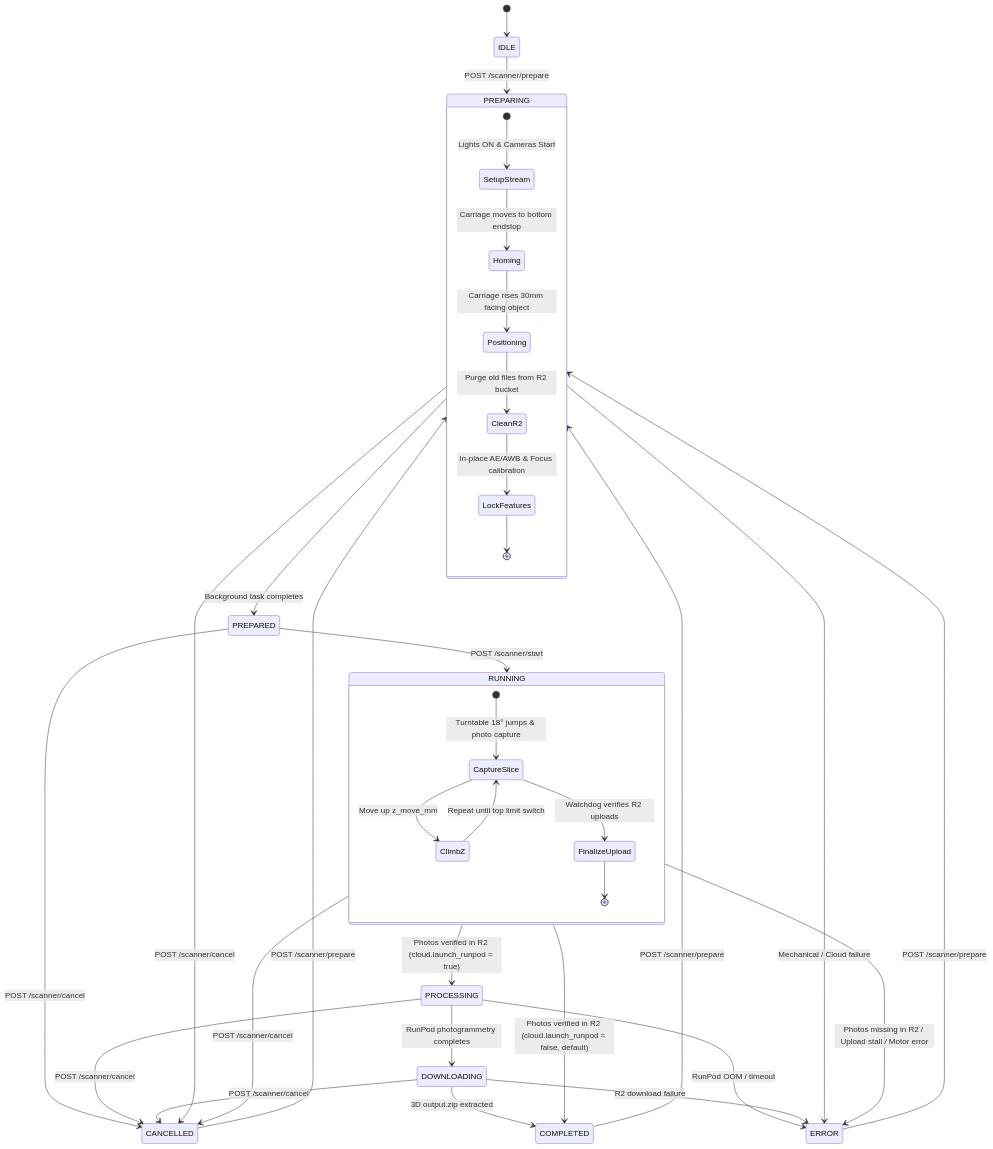
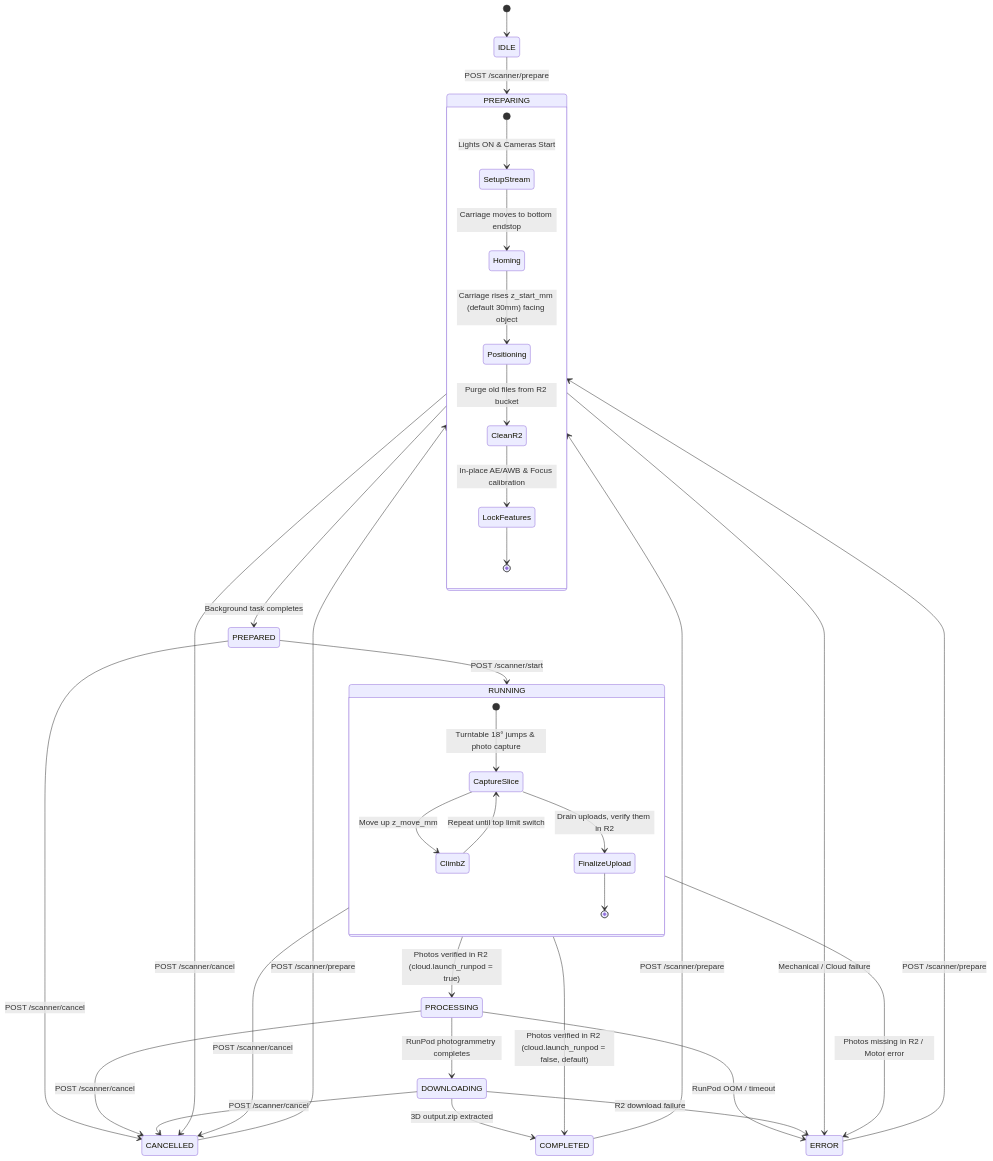
The diagram in router/docs/SCANNER_API.md (AlinC10/3d-scanner-raspberry-pi), drawn with Mermaid before and after one commit. The commit also changed other lines of this file and 75 other files, not shown here.

````diff
--- a/router/docs/SCANNER_API.md
+++ b/router/docs/SCANNER_API.md
@@ -13,44 +15,44 @@
 ```mermaid
 stateDiagram-v2
     [*] --> IDLE
     IDLE --> PREPARING: POST /scanner/prepare
     COMPLETED --> PREPARING: POST /scanner/prepare
     CANCELLED --> PREPARING: POST /scanner/prepare
     ERROR --> PREPARING: POST /scanner/prepare
 
     state PREPARING {
         [*] --> SetupStream: Lights ON & Cameras Start
         SetupStream --> Homing: Carriage moves to bottom endstop
-        Homing --> Positioning: Carriage rises 30mm facing object
+        Homing --> Positioning: Carriage rises z_start_mm (default 30mm) facing object
         Positioning --> CleanR2: Purge old files from R2 bucket
         CleanR2 --> LockFeatures: In-place AE/AWB & Focus calibration
         LockFeatures --> [*]
     }
 
     PREPARING --> PREPARED: Background task completes
     PREPARED --> RUNNING: POST /scanner/start
 
     state RUNNING {
         [*] --> CaptureSlice: Turntable 18° jumps & photo capture
         CaptureSlice --> ClimbZ: Move up z_move_mm
         ClimbZ --> CaptureSlice: Repeat until top limit switch
-        CaptureSlice --> FinalizeUpload: Watchdog verifies R2 uploads
+        CaptureSlice --> FinalizeUpload: Drain uploads, verify them in R2
         FinalizeUpload --> [*]
     }
 
     RUNNING --> COMPLETED: Photos verified in R2 (cloud.launch_runpod = false, default)
     RUNNING --> PROCESSING: Photos verified in R2 (cloud.launch_runpod = true)
     PROCESSING --> DOWNLOADING: RunPod photogrammetry completes
     DOWNLOADING --> COMPLETED: 3D output.zip extracted
 
     PREPARING --> CANCELLED: POST /scanner/cancel
     PREPARED --> CANCELLED: POST /scanner/cancel
     RUNNING --> CANCELLED: POST /scanner/cancel
     PROCESSING --> CANCELLED: POST /scanner/cancel
     DOWNLOADING --> CANCELLED: POST /scanner/cancel
 
     PREPARING --> ERROR: Mechanical / Cloud failure
-    RUNNING --> ERROR: Photos missing in R2 / Upload stall / Motor error
+    RUNNING --> ERROR: Photos missing in R2 / Motor error
     PROCESSING --> ERROR: RunPod OOM / timeout
     DOWNLOADING --> ERROR: R2 download failure
 ```
````
